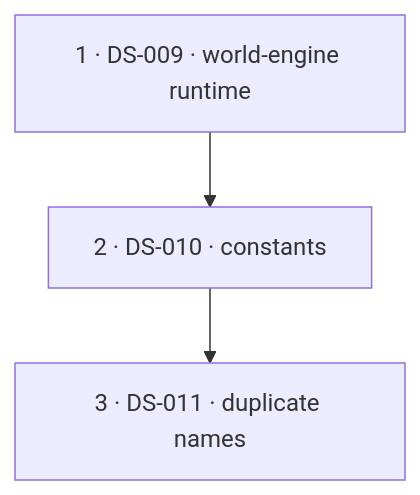
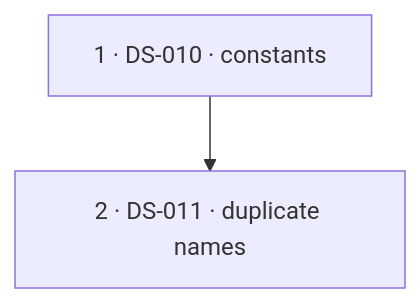
Before and after one commit to Held0fTheWelt/BLACKVEIN: the diagram in 'fy'-suites/despaghettify/despaghettification_implementation_input.md, drawn with Mermaid. The commit also changed other lines of this file and 396 other files, not shown here.

````diff
--- a/'fy'-suites/despaghettify/despaghettification_implementation_input.md
+++ b/'fy'-suites/despaghettify/despaghettification_implementation_input.md
@@ -169,8 +167,6 @@
 ```mermaid
 flowchart TB
-  P1["1 · DS-009 · world-engine runtime"]
-  P2["2 · DS-010 · constants"]
-  P3["3 · DS-011 · duplicate names"]
+  P1["1 · DS-010 · constants"]
+  P2["2 · DS-011 · duplicate names"]
   P1 --> P2
-  P2 --> P3
 ```
````
